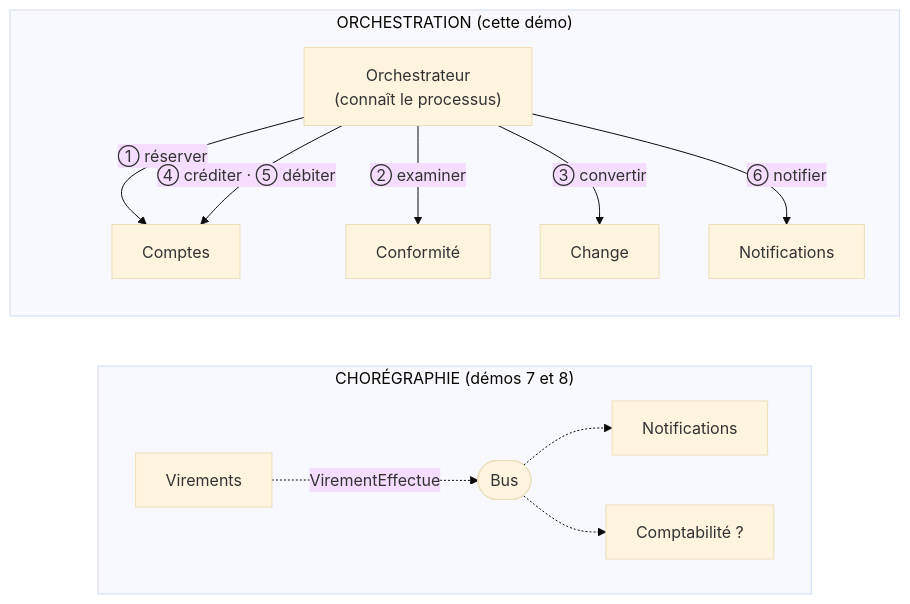
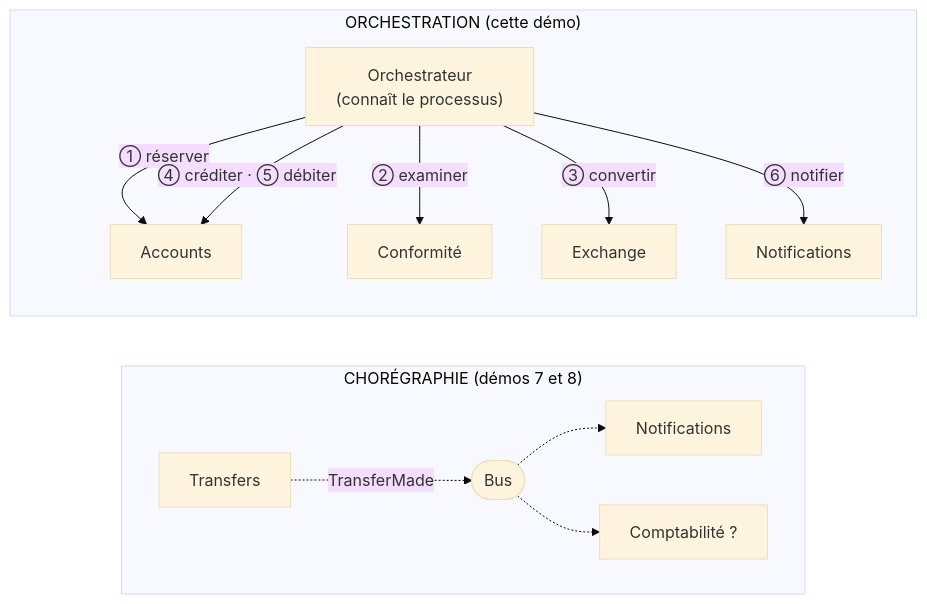
Before and after one commit to drangoht/ArchitecturesDemo: the first of 4 diagrams in Docs/14-saga-orchestree.md, drawn with Mermaid (base theme). The commit also changed other lines of this file and 70 other files, not shown here.

Commit message:
Docs FR : identifiants, liens, diagrammes et sorties alignés sur le code anglais

````diff
--- a/Docs/14-saga-orchestree.md
+++ b/Docs/14-saga-orchestree.md
@@ -18,18 +18,18 @@
 ```mermaid
 flowchart LR
     subgraph Choregraphie["CHORÉGRAPHIE (démos 7 et 8)"]
         direction LR
-        A1["Virements"] -. "VirementEffectue" .-> B1(["Bus"])
+        A1["Transfers"] -. "TransferMade" .-> B1(["Bus"])
         B1 -.-> C1["Notifications"]
         B1 -.-> D1["Comptabilité ?"]
     end
     subgraph Orchestration["ORCHESTRATION (cette démo)"]
         direction TB
         O["Orchestrateur<br/>(connaît le processus)"]
-        O -->|"① réserver"| C2["Comptes"]
+        O -->|"① réserver"| C2["Accounts"]
         O -->|"② examiner"| K2["Conformité"]
-        O -->|"③ convertir"| X2["Change"]
+        O -->|"③ convertir"| X2["Exchange"]
         O -->|"④ créditer · ⑤ débiter"| C2
         O -->|"⑥ notifier"| N2["Notifications"]
     end
 ```
````
